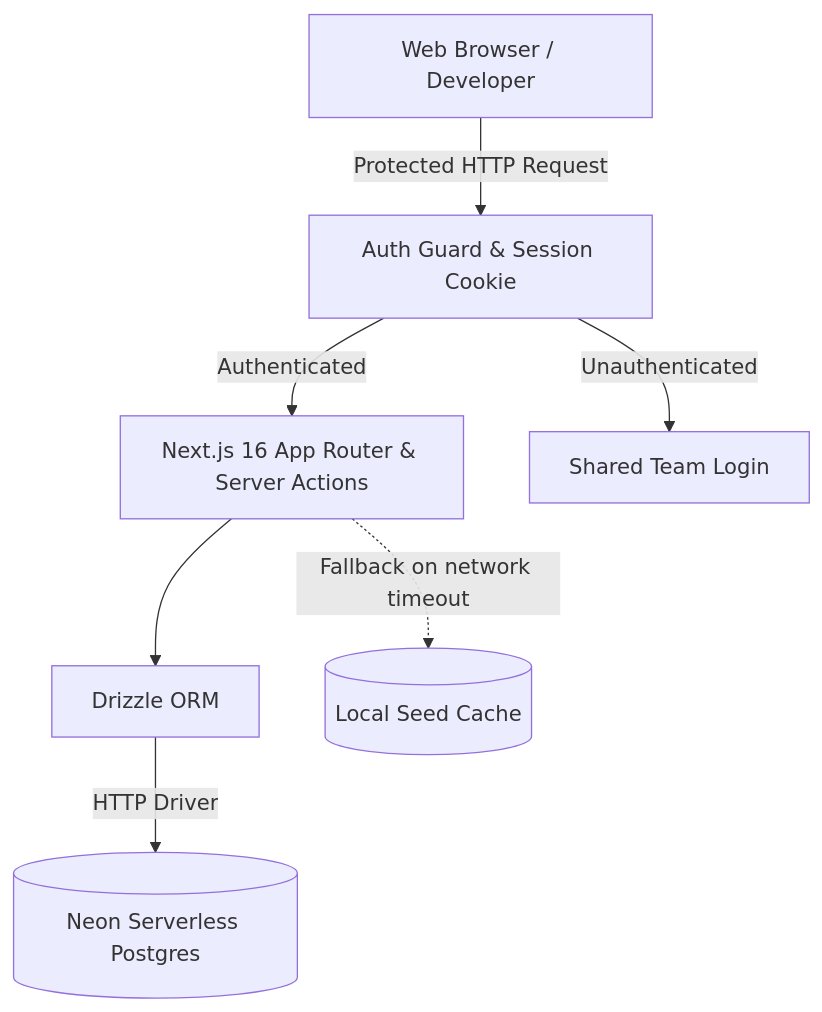
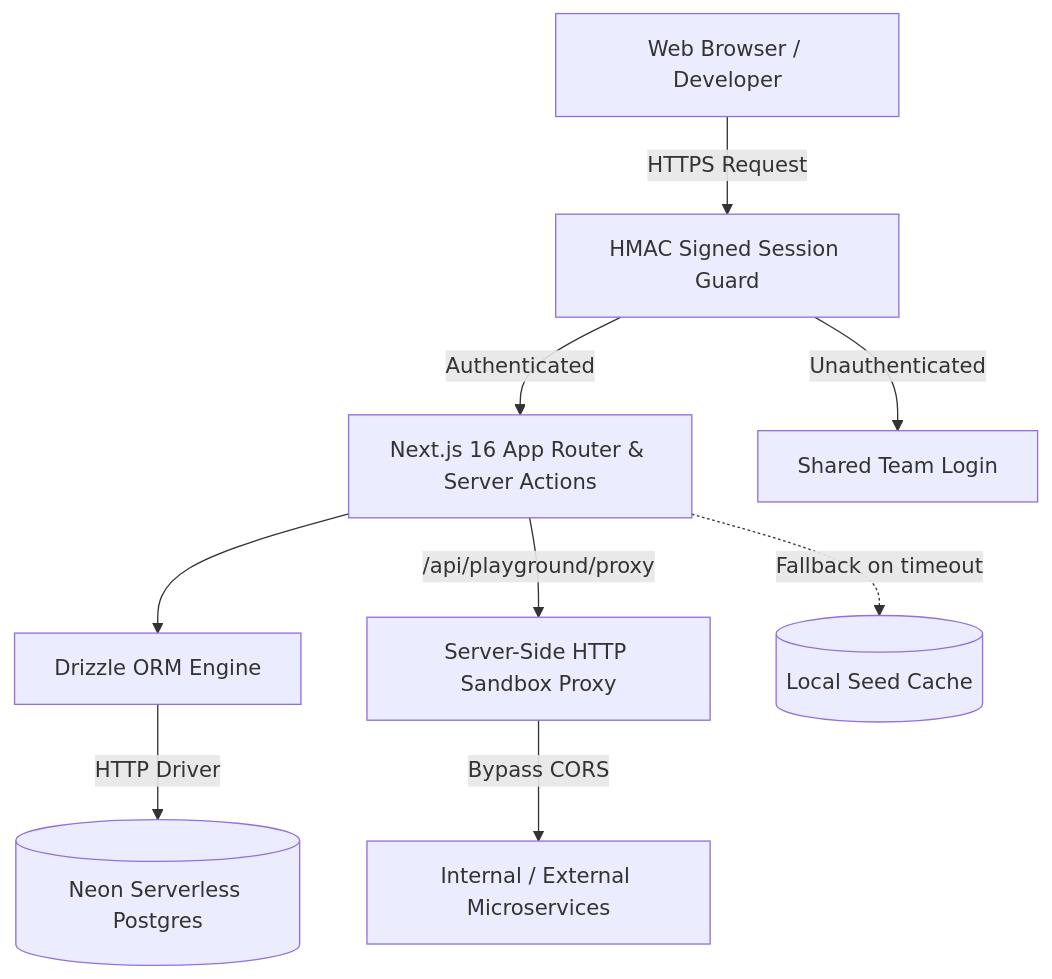
One commit to alireza-akbarzadeh/service-hub changed the diagram in README.md. Above: the diagram before and after it, drawn with Mermaid. The commit also changed other lines of this file, not shown here.

Commit message:
docs: overhaul README with architecture topology and full 16-epic platform documentation

````diff
--- a/README.md
+++ b/README.md
@@ -35,16 +63,21 @@
 ```mermaid
 graph TD
     Client[Web Browser / Developer]
-    AuthLayer[Auth Guard & Session Cookie]
+    AuthGuard[HMAC Signed Session Guard]
     AppRouter[Next.js 16 App Router & Server Actions]
-    Drizzle[Drizzle ORM]
+    Proxy[Server-Side HTTP Sandbox Proxy]
+    Drizzle[Drizzle ORM Engine]
     NeonCloud[(Neon Serverless Postgres)]
     LocalFallback[(Local Seed Cache)]
 
-    Client -->|Protected HTTP Request| AuthLayer
-    AuthLayer -->|Authenticated| AppRouter
-    AuthLayer -->|Unauthenticated| LoginModal[Shared Team Login]
+    Client -->|HTTPS Request| AuthGuard
+    AuthGuard -->|Authenticated| AppRouter
+    AuthGuard -->|Unauthenticated| LoginModal[Shared Team Login]
+
     AppRouter --> Drizzle
     Drizzle -->|HTTP Driver| NeonCloud
-    AppRouter -.->|Fallback on network timeout| LocalFallback
+    AppRouter -.->|Fallback on timeout| LocalFallback
+
+    AppRouter -->|/api/playground/proxy| Proxy
+    Proxy -->|Bypass CORS| Microservices[Internal / External Microservices]
 ```
````
